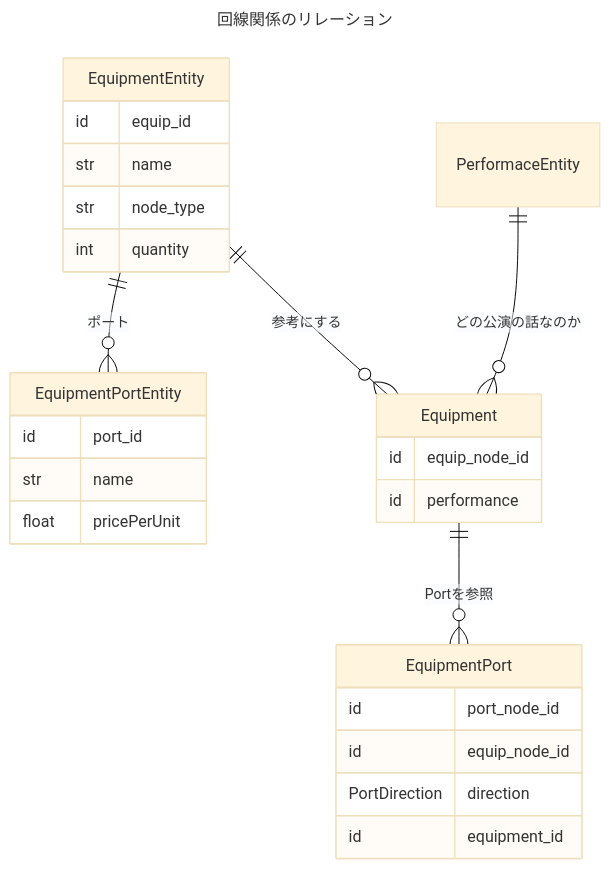
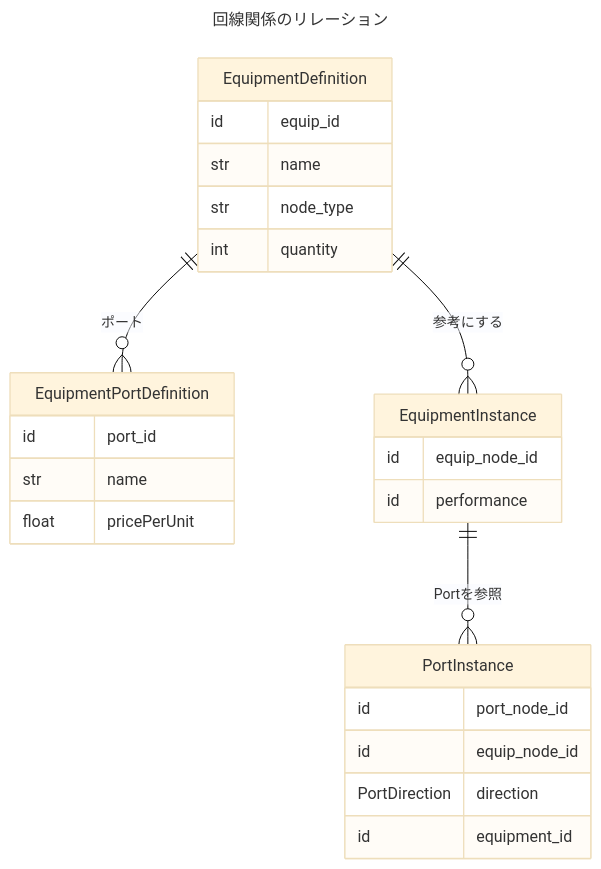
The first of 2 diagrams in docs/design-strategy/dependency-entity.md (Anzu324/Live-Line-Builder), drawn with Mermaid (base theme) before and after one commit. The commit also changed other lines of this file and 1 other file, not shown here.

Commit message:
Repair figures.

````diff
--- a/docs/design-strategy/dependency-entity.md
+++ b/docs/design-strategy/dependency-entity.md
@@ -14,33 +14,31 @@
 ```mermaid
 ---
 title: 回線関係のリレーション
 ---
 erDiagram
-    EquipmentEntity ||--o{ EquipmentPortEntity : "ポート"
-    EquipmentEntity {
+    EquipmentDefinition ||--o{ EquipmentPortDefinition : "ポート"
+    EquipmentDefinition {
         id equip_id
         str name
         str node_type
         int quantity
     }
-    EquipmentPortEntity {
+    EquipmentPortDefinition {
         id port_id
         str name
         float pricePerUnit
     }
-    Equipment ||--o{ EquipmentPort : "Portを参照"
-    Equipment {
-    id equip_node_id
-    id performance
+    EquipmentInstance ||--o{ PortInstance : "Portを参照"
+    EquipmentInstance {
+        id equip_node_id
+        id performance
     }
-    EquipmentPort {
+    PortInstance {
 	    id port_node_id
 	    id equip_node_id
 	    PortDirection direction
 	    id equipment_id
     }
-    EquipmentEntity ||--o{ Equipment : "参考にする"
-    PerformaceEntity ||--o{ Equipment : "どの公演の話なのか"
-
+    EquipmentDefinition ||--o{ EquipmentInstance : "参考にする"
 
 ```
````
